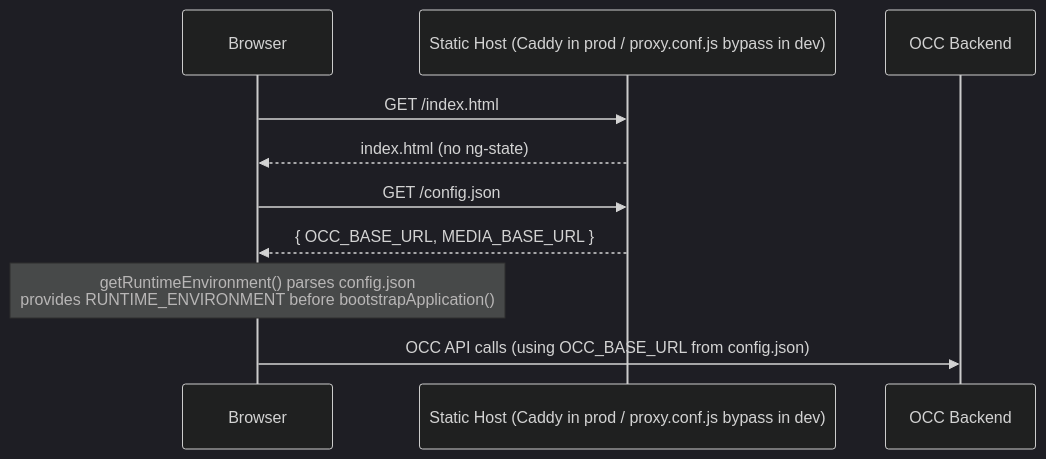
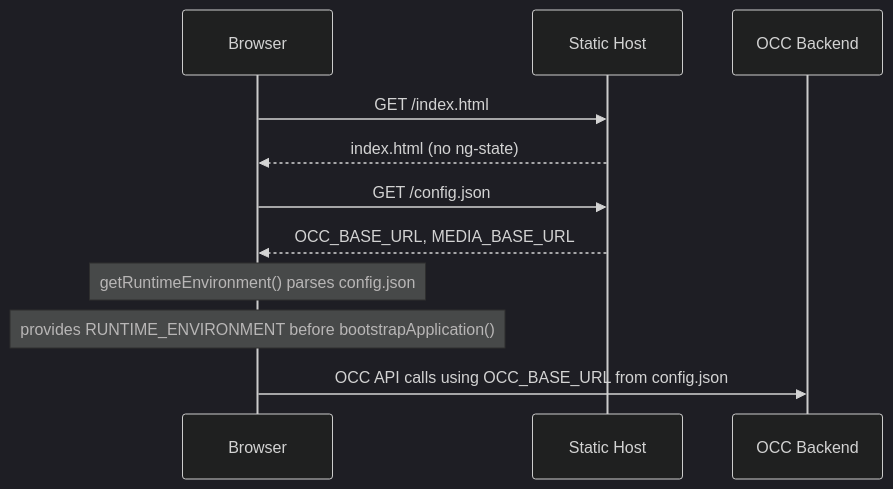
The first of 3 diagrams in core-libs/setup/config-json/runtime-configuration-request-flow-diagrams.md (SAP/spartacus), drawn with Mermaid (dark theme) before and after one commit. The commit also changed other lines of this file, not shown here.

Commit message:
docs: fix issue with diagrams rendering

````diff
--- a/core-libs/setup/config-json/runtime-configuration-request-flow-diagrams.md
+++ b/core-libs/setup/config-json/runtime-configuration-request-flow-diagrams.md
@@ -10,13 +10,14 @@
 ```mermaid
 sequenceDiagram
     participant B as Browser
-    participant S as Static Host (Caddy in prod / proxy.conf.js bypass in dev)
+    participant S as Static Host
     participant O as OCC Backend
 
     B->>S: GET /index.html
     S-->>B: index.html (no ng-state)
     B->>S: GET /config.json
-    S-->>B: { OCC_BASE_URL, MEDIA_BASE_URL }
-    Note over B: getRuntimeEnvironment() parses config.json<br/>provides RUNTIME_ENVIRONMENT before bootstrapApplication()
-    B->>O: OCC API calls (using OCC_BASE_URL from config.json)
+    S-->>B: OCC_BASE_URL, MEDIA_BASE_URL
+    Note over B: getRuntimeEnvironment() parses config.json
+    Note over B: provides RUNTIME_ENVIRONMENT before bootstrapApplication()
+    B->>O: OCC API calls using OCC_BASE_URL from config.json
 ```
````
